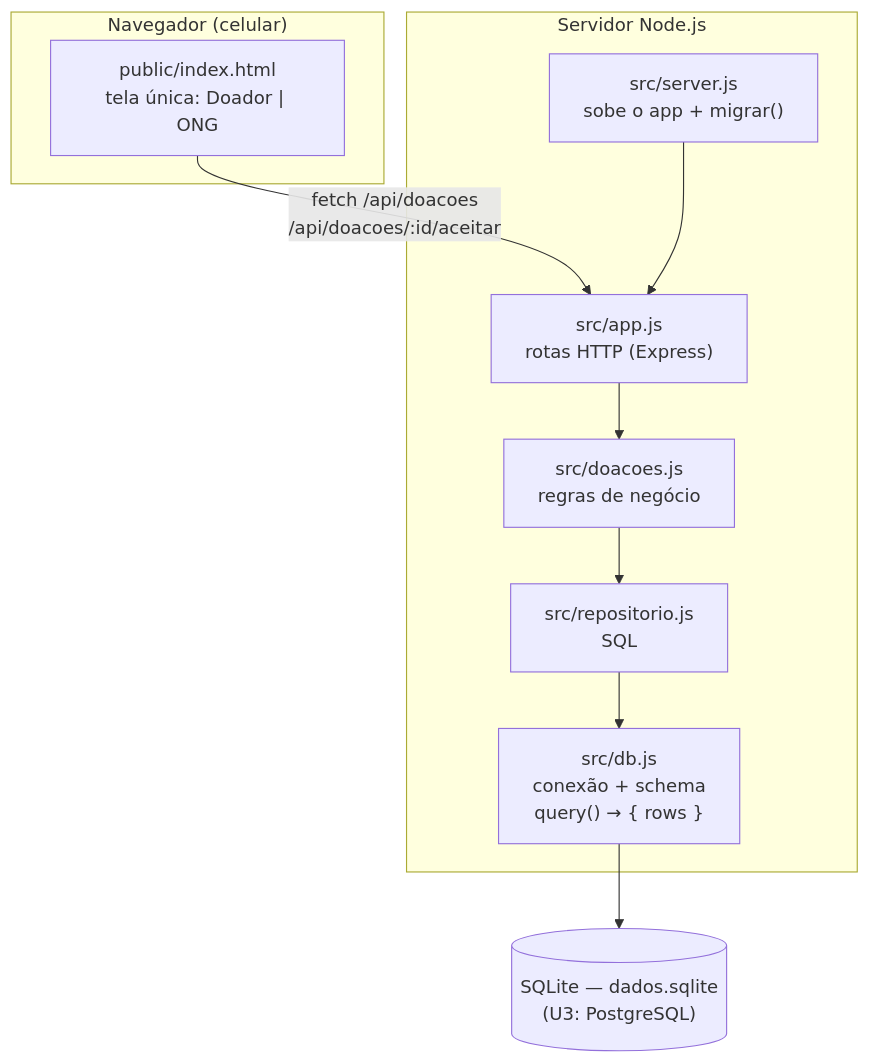
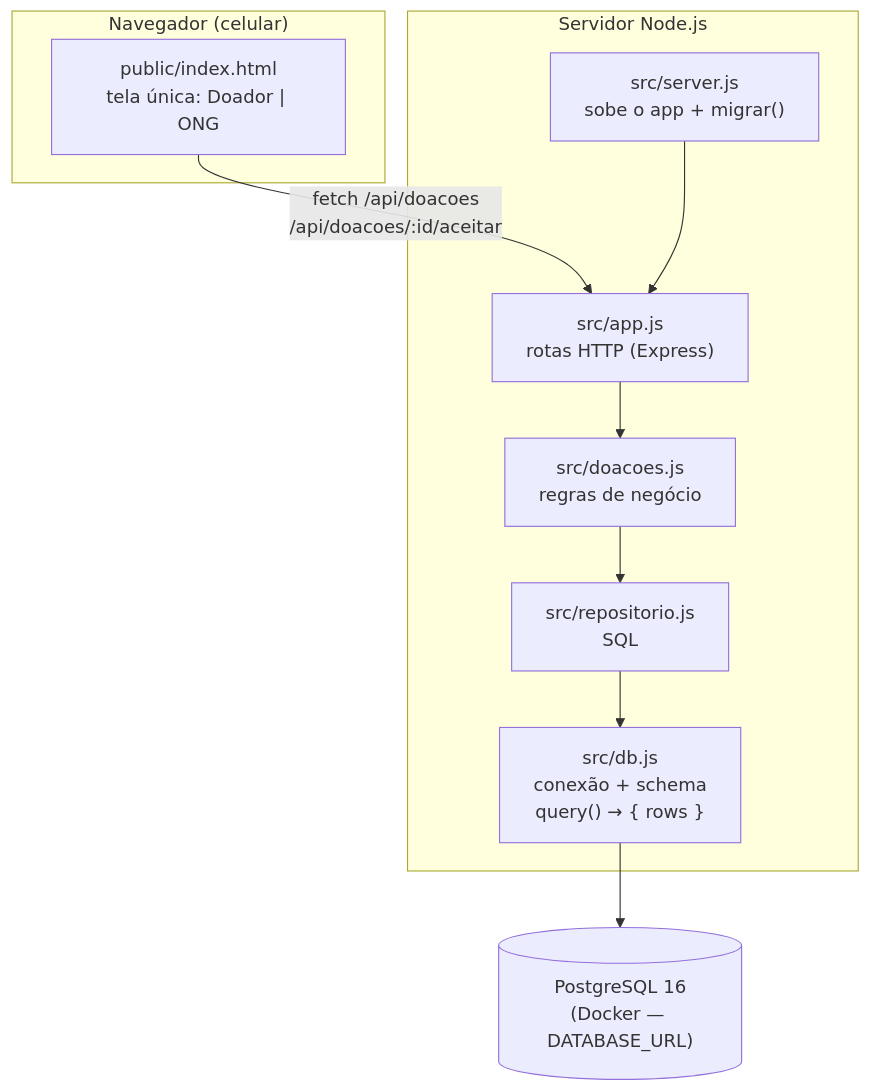
The fourth of 6 diagrams in docs/diagramas.md (HeloisaRebello17/g1126-prato-cheio), drawn with Mermaid before and after one commit. The commit also changed other lines of this file and 13 other files, not shown here.

````diff
--- a/docs/diagramas.md
+++ b/docs/diagramas.md
@@ -125,20 +125,20 @@
 ```mermaid
 flowchart TB
     subgraph navegador["Navegador (celular)"]
         ui["public/index.html<br/>tela única: Doador | ONG"]
     end
 
     subgraph servidor["Servidor Node.js"]
         server["src/server.js<br/>sobe o app + migrar()"]
         app["src/app.js<br/>rotas HTTP (Express)"]
         regras["src/doacoes.js<br/>regras de negócio"]
         repo["src/repositorio.js<br/>SQL"]
         db["src/db.js<br/>conexão + schema<br/>query() → { rows }"]
     end
 
-    banco[("SQLite — dados.sqlite<br/>(U3: PostgreSQL)")]
+    banco[("PostgreSQL 16<br/>(Docker — DATABASE_URL)")]
 
     ui -- "fetch /api/doacoes<br/>/api/doacoes/:id/aceitar" --> app
     server --> app
     app --> regras --> repo --> db --> banco
 ```
````
